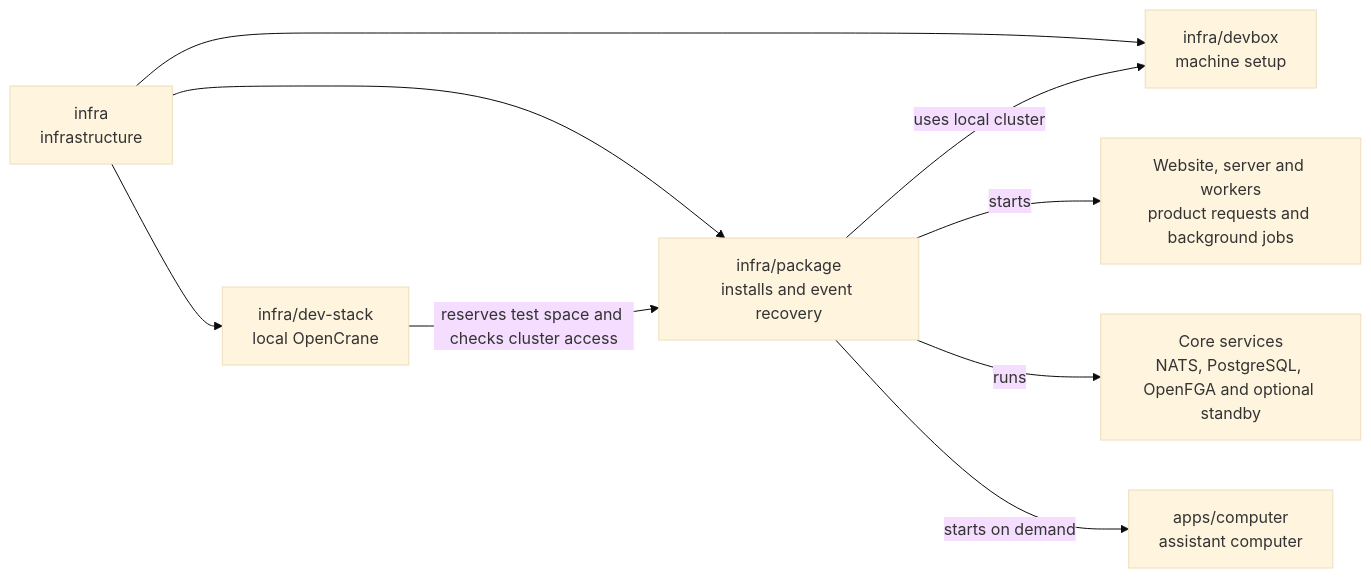
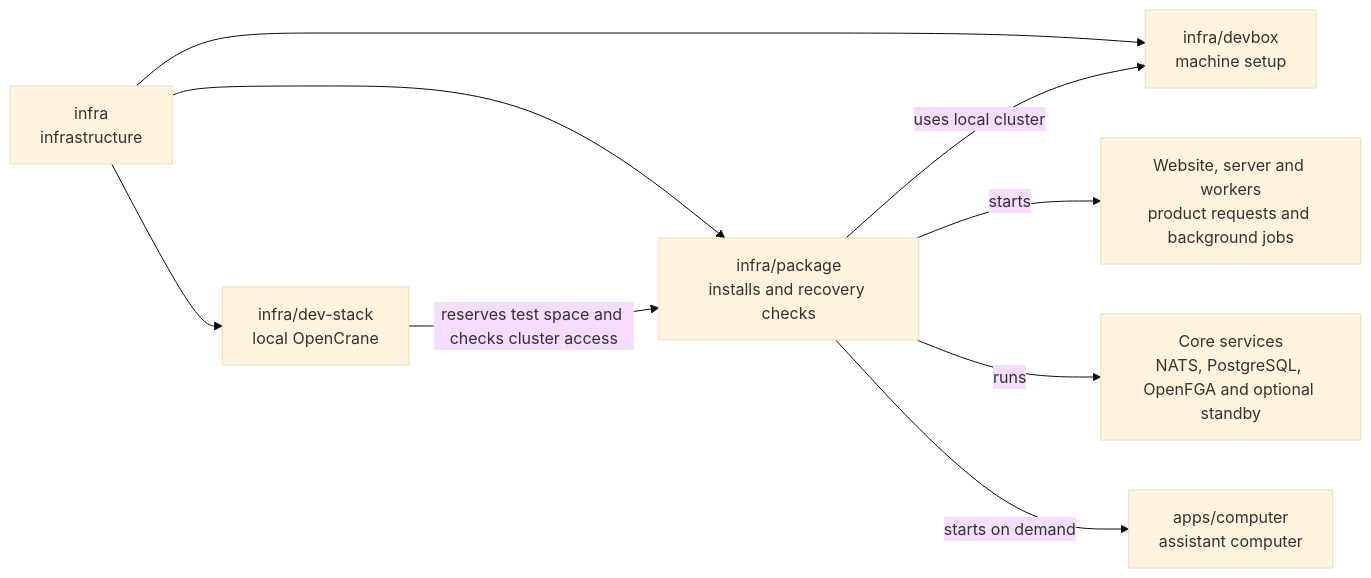
Before and after one commit to elewa-git/opencrane-new: the diagram in infra/package/README.md, drawn with Mermaid (base theme). The commit also changed other lines of this file and 15 other files, not shown here.

Commit message:
💾 Prove event recovery after an interrupted handler upgrade

````diff
--- a/infra/package/README.md
+++ b/infra/package/README.md
@@ -19,11 +19,11 @@
 ```mermaid
 flowchart LR
-  infra["infra<br/>infrastructure"] --> package["infra/package<br/>installs and event recovery"]
+  infra["infra<br/>infrastructure"] --> package["infra/package<br/>installs and recovery checks"]
   infra --> stack["infra/dev-stack<br/>local OpenCrane"]
   infra --> devbox["infra/devbox<br/>machine setup"]
   stack -->|reserves test space and checks cluster access| package
   package -->|uses local cluster| devbox
   package -->|starts| apps["Website, server and workers<br/>product requests and background jobs"]
   package -->|runs| services["Core services<br/>NATS, PostgreSQL, OpenFGA and optional standby"]
   package -->|starts on demand| computer["apps/computer<br/>assistant computer"]
 ```
````
